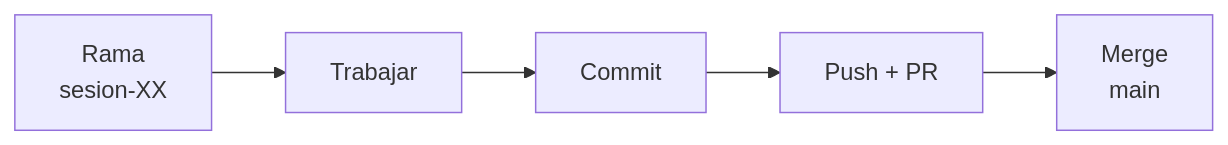
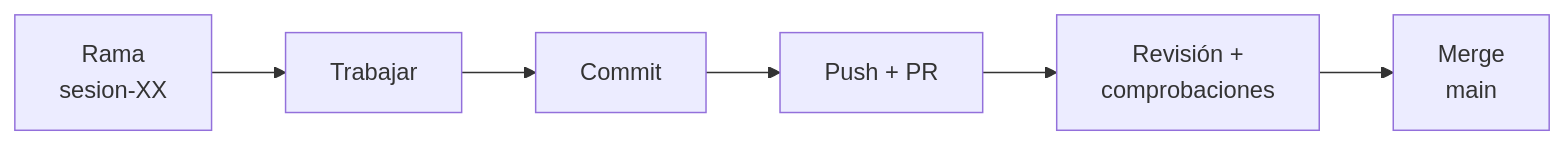
Before and after one commit to alejandroroig/despliegue-daw: the first of 3 diagrams in docs/tema1/control-versiones-documentacion.md, drawn with Mermaid. The commit also changed other lines of this file and 21 other files, not shown here.

````diff
--- a/docs/tema1/control-versiones-documentacion.md
+++ b/docs/tema1/control-versiones-documentacion.md
@@ -26,7 +26,8 @@
 ```mermaid
 flowchart LR
     B["Rama<br/>sesion-XX"] --> W["Trabajar"]
     W --> C["Commit"]
     C --> P["Push + PR"]
-    P --> M["Merge<br/>main"]
+    P --> V["Revisión +<br/>comprobaciones"]
+    V --> M["Merge<br/>main"]
 ```
````
